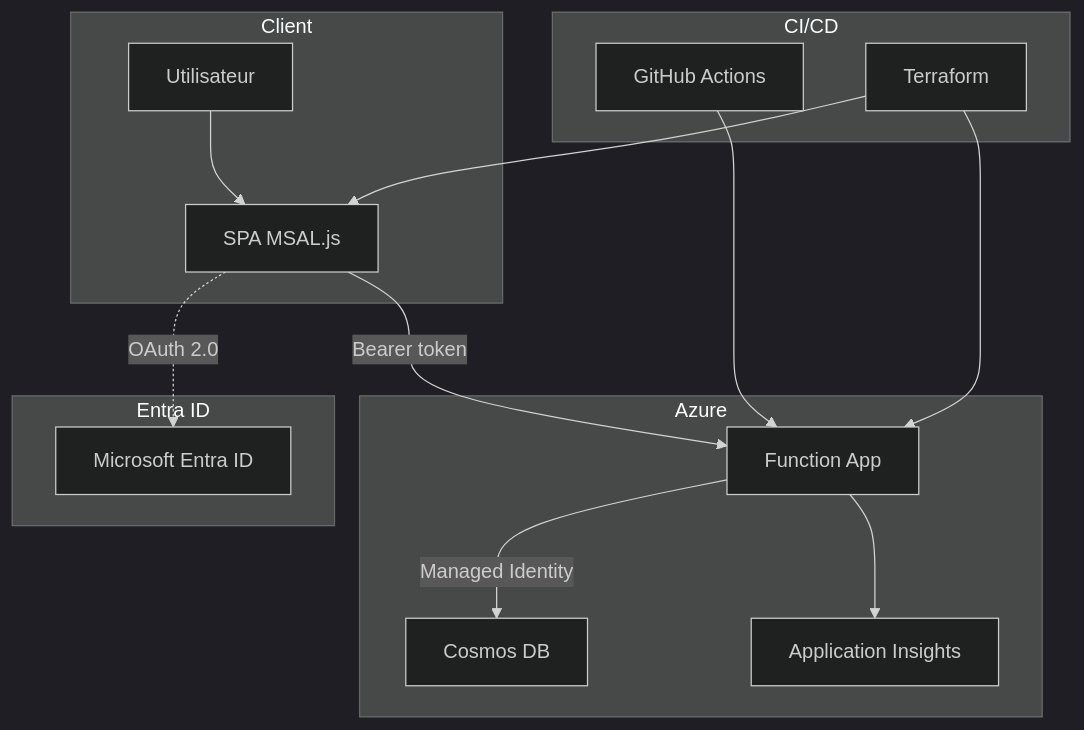
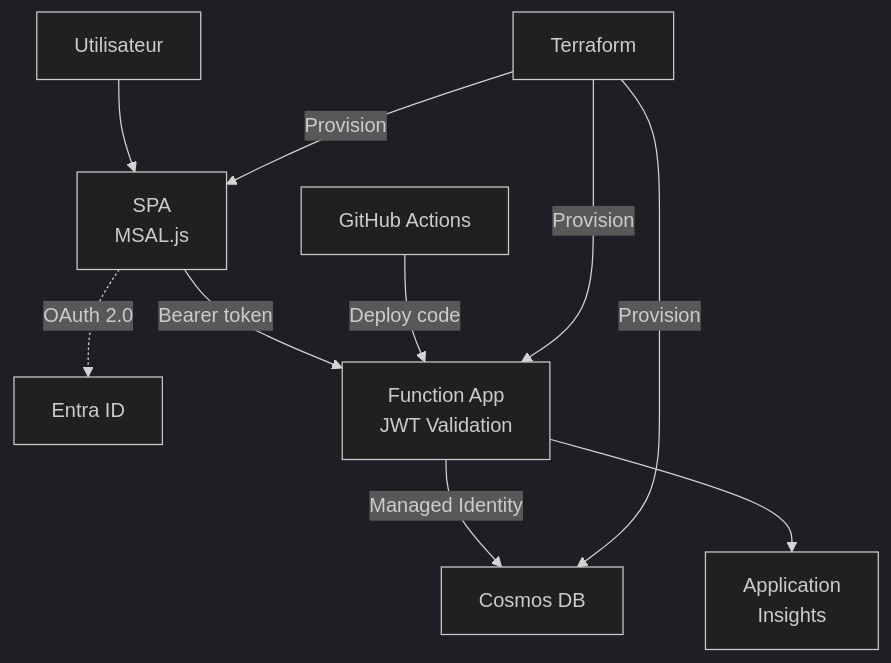
Before and after one commit to Glutenfree69/Azure_function: the diagram in README.md, drawn with Mermaid (dark theme). The commit also changed other lines of this file and 2 other files, not shown here.

````diff
--- a/README.md
+++ b/README.md
@@ -104,22 +19,13 @@
 ```mermaid
 graph TB
-    subgraph Client
-        USER[Utilisateur] --> SPA[SPA MSAL.js]
-    end
+    USER[Utilisateur] --> SPA[SPA<br/>MSAL.js]
+    SPA -.->|OAuth 2.0| ENTRA[Entra ID]
+    SPA -->|Bearer token| FA[Function App<br/>JWT Validation]
+    FA -->|Managed Identity| COSMOS[Cosmos DB]
+    FA --> AI[Application<br/>Insights]
     
-    subgraph Azure
-        SPA --> |Bearer token| FA[Function App]
-        FA --> |Managed Identity| COSMOS[Cosmos DB]
-        FA --> AI[Application Insights]
-    end
-    
-    subgraph "Entra ID"
-        SPA -.->|OAuth 2.0| ENTRA[Microsoft Entra ID]
-    end
-    
-    subgraph "CI/CD"
-        GH[GitHub Actions] --> FA
-        TF[Terraform] --> SPA
-        TF --> FA
-    end
+    GH[GitHub Actions] -->|Deploy code| FA
+    TF[Terraform] -->|Provision| SPA
+    TF -->|Provision| FA
+    TF -->|Provision| COSMOS
 ```
````
